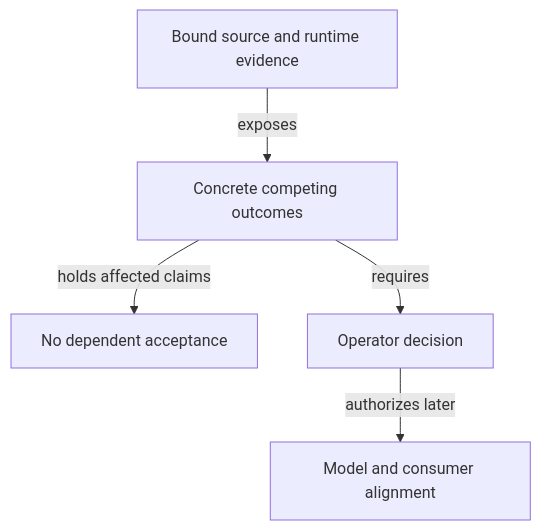
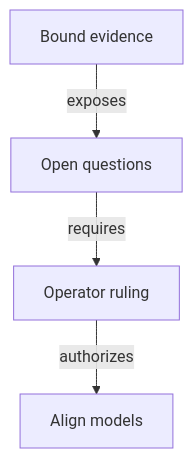
One commit to lambdasistemi/singular changed the diagram in specs/741-no-pin-model/questions.md. Above: the diagram before and after it, drawn with Mermaid. The commit also changed 3 other files, not shown here.

Commit message:
docs: fit investigation diagrams to phone screens

````diff
--- a/specs/741-no-pin-model/questions.md
+++ b/specs/741-no-pin-model/questions.md
@@ -91,7 +91,6 @@
 ```mermaid
 flowchart TD
-  Evidence[Bound source and runtime evidence] -->|exposes| Question[Concrete competing outcomes]
-  Question -->|holds affected claims| Hold[No dependent acceptance]
-  Question -->|requires| Ruling[Operator decision]
-  Ruling -->|authorizes later| Alignment[Model and consumer alignment]
+  Evidence[Bound evidence] -->|exposes| Question[Open questions]
+  Question -->|requires| Ruling[Operator ruling]
+  Ruling -->|authorizes| Alignment[Align models]
 ```
````
